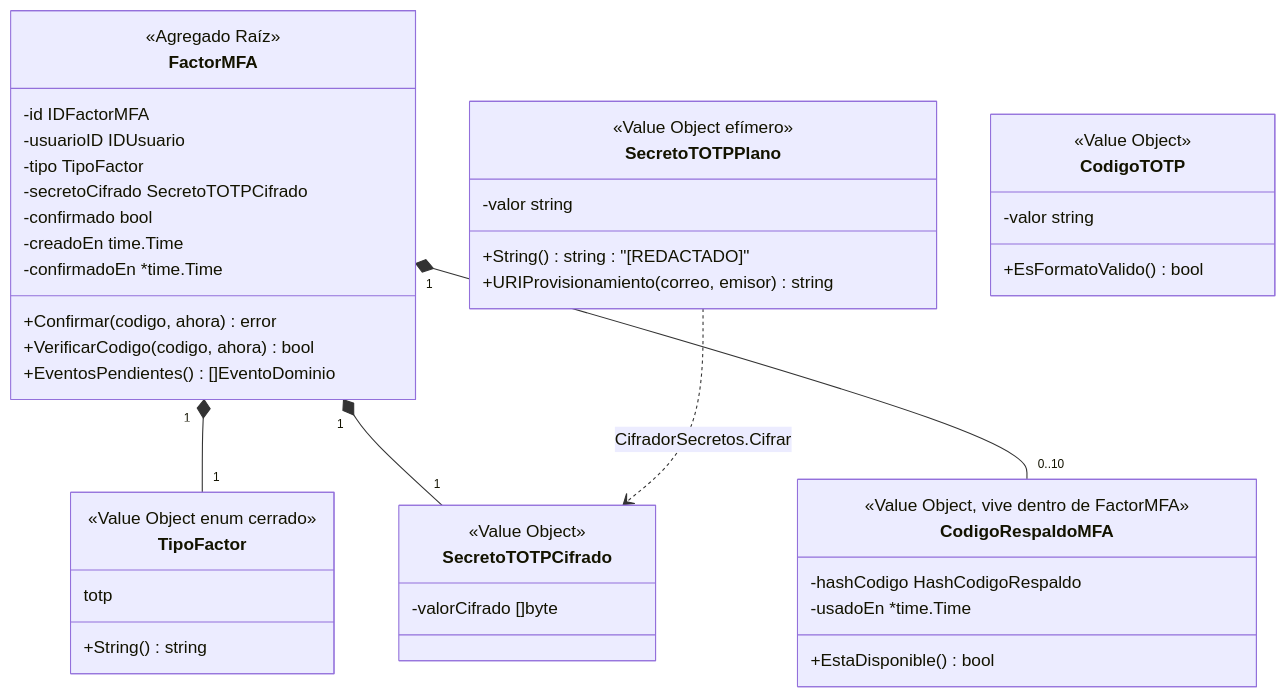
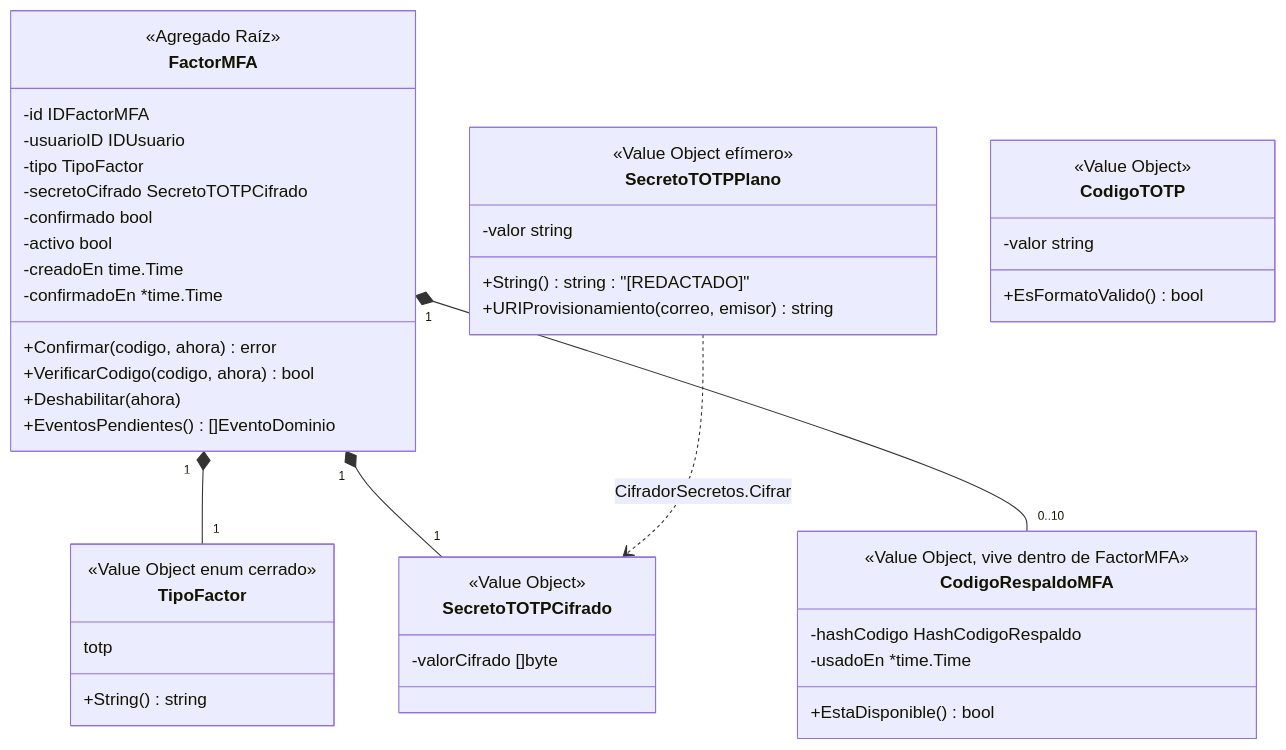
The diagram in docs/design/otp-mfa.md (r-david1/moterus), drawn with Mermaid before and after one commit. The commit also changed other lines of this file and 3 other files, not shown here.

````diff
--- a/docs/design/otp-mfa.md
+++ b/docs/design/otp-mfa.md
@@ -49,52 +99,54 @@
 ```mermaid
 classDiagram
     class FactorMFA {
         <<Agregado Raíz>>
         -id IDFactorMFA
         -usuarioID IDUsuario
         -tipo TipoFactor
         -secretoCifrado SecretoTOTPCifrado
         -confirmado bool
+        -activo bool
         -creadoEn time.Time
         -confirmadoEn *time.Time
         +Confirmar(codigo, ahora) error
         +VerificarCodigo(codigo, ahora) bool
+        +Deshabilitar(ahora)
         +EventosPendientes() []EventoDominio
     }
 
     class CodigoRespaldoMFA {
         <<Value Object, vive dentro de FactorMFA>>
         -hashCodigo HashCodigoRespaldo
         -usadoEn *time.Time
         +EstaDisponible() bool
     }
 
     class TipoFactor {
         <<Value Object enum cerrado>>
         totp
         +String() string
     }
 
     class SecretoTOTPPlano {
         <<Value Object efímero>>
         -valor string
         +String() string : "[REDACTADO]"
         +URIProvisionamiento(correo, emisor) string
     }
 
     class SecretoTOTPCifrado {
         <<Value Object>>
         -valorCifrado []byte
     }
 
     class CodigoTOTP {
         <<Value Object>>
         -valor string
         +EsFormatoValido() bool
     }
 
     FactorMFA "1" *-- "1" TipoFactor
     FactorMFA "1" *-- "1" SecretoTOTPCifrado
     FactorMFA "1" *-- "0..10" CodigoRespaldoMFA
     SecretoTOTPPlano ..> SecretoTOTPCifrado : CifradorSecretos.Cifrar
 ```
````
